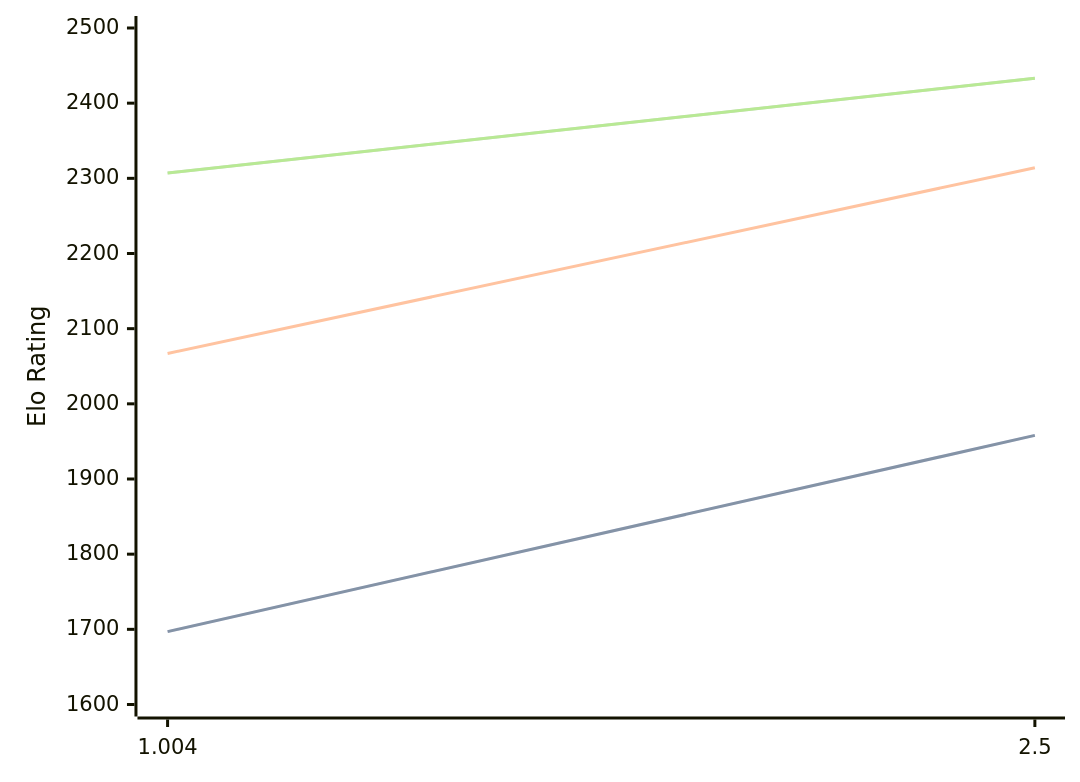
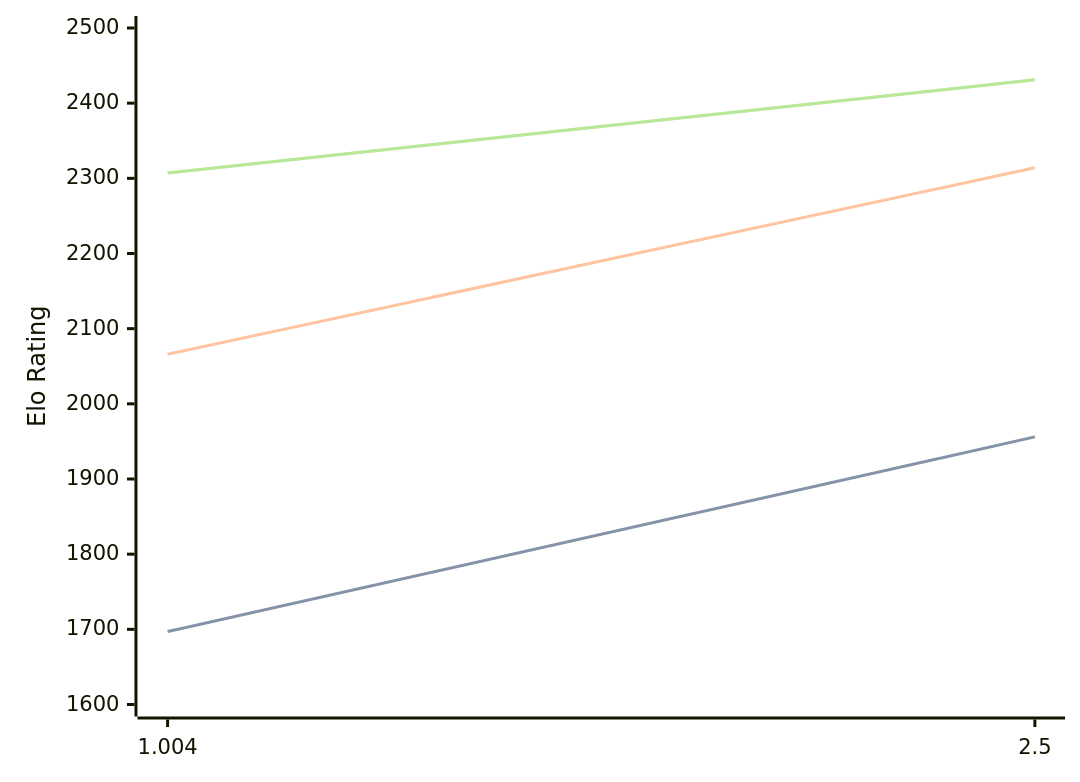
Before and after one commit to computer-chess-index/cci: the third of 3 diagrams in engines/Ares.md, drawn with Mermaid. The commit also changed other lines of this file, not shown here.

Commit message:
Update CCI Ratings (ELO VLTC) - 2026-06-27

````diff
--- a/engines/Ares.md
+++ b/engines/Ares.md
@@ -65,11 +65,11 @@
 ```mermaid
 %%{init: {"theme":"base","themeVariables":{"seriesColors:['#a3a3a3','#222221','#faa371']}}}%%
 xychart-beta
   x-axis ["1.004", "2.5"]
   y-axis "Elo Rating" 1600 --> 2500
-  line "STC (8.0+0.08s)" [1697, 1958]
-  line "STC (8.0+0.08s)" [1697, 1958]
-  line "LTC (60.0+0.60s)" [2067, 2314]
-  line "VLTC (2m24s+1.12s)" [2307, 2433]
-  line "VLTC (2m24s+1.12s)" [2307, 2433]
+  line "STC (8.0+0.08s)" [1697, 1956]
+  line "STC (8.0+0.08s)" [1697, 1956]
+  line "LTC (60.0+0.60s)" [2066, 2314]
+  line "VLTC (2m24s+1.12s)" [2307, 2431]
+  line "VLTC (2m24s+1.12s)" [2307, 2431]
 ```
````
